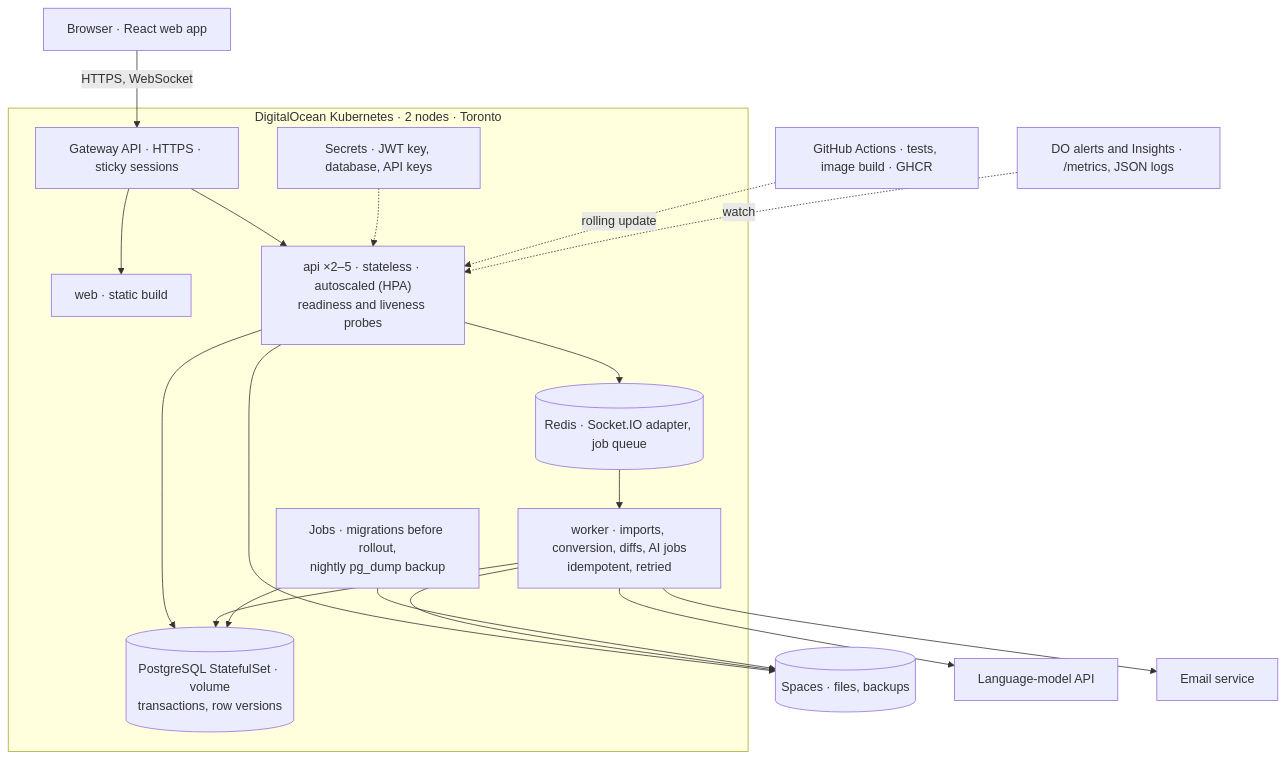
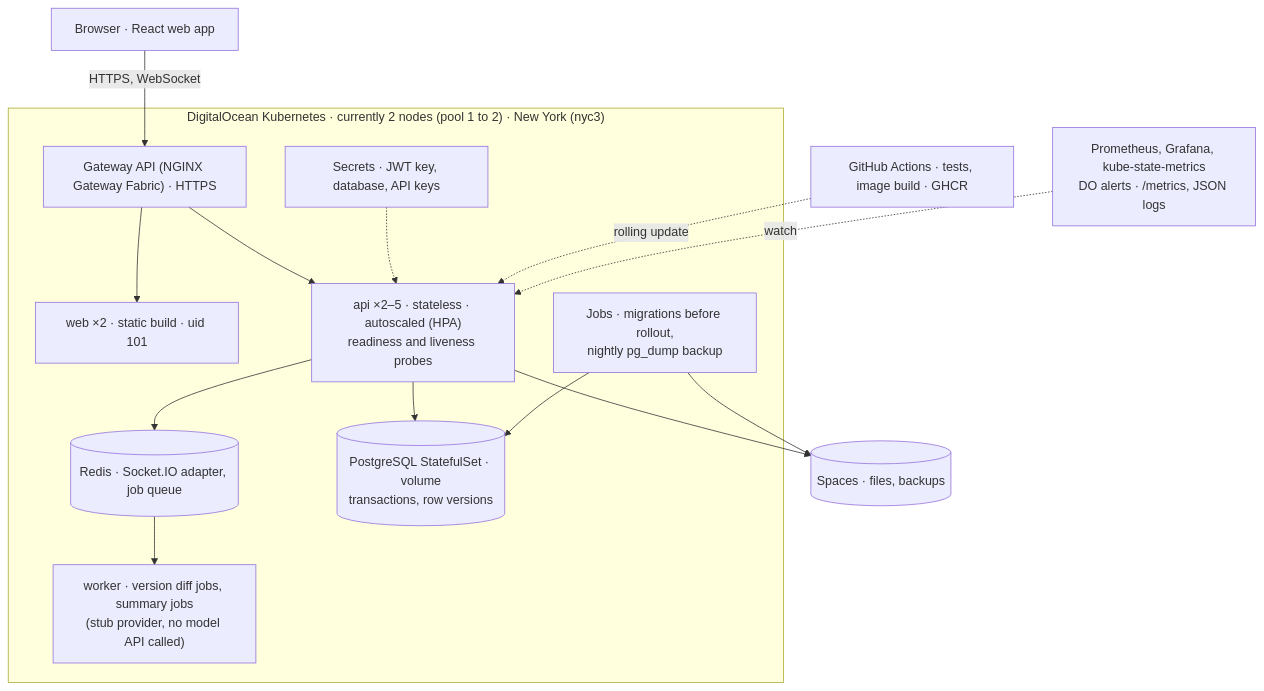
The diagram in docs/ARCHITECTURE.md (Jyotiraditya7/contentcollab), drawn with Mermaid before and after one commit. The commit also changed other lines of this file and 8 other files, not shown here.

Commit message:
docs: diagram, ci-cd after-times, D12 and D15 status lines, roadmap and evidence corrected after review; ai-session entry

````diff
--- a/docs/ARCHITECTURE.md
+++ b/docs/ARCHITECTURE.md
@@ -11,35 +11,29 @@
 ```mermaid
 flowchart TB
   U["Browser · React web app"]
-  subgraph DOKS["DigitalOcean Kubernetes · 2 nodes · Toronto"]
-    GW["Gateway API · HTTPS · sticky sessions"]
-    W["web · static build"]
+  subgraph DOKS["DigitalOcean Kubernetes · currently 2 nodes (pool 1 to 2) · New York (nyc3)"]
+    GW["Gateway API (NGINX Gateway Fabric) · HTTPS"]
+    W["web ×2 · static build · uid 101"]
     A["api ×2–5 · stateless · autoscaled (HPA)<br/>readiness and liveness probes"]
-    K["worker · imports, conversion, diffs, AI jobs<br/>idempotent, retried"]
+    K["worker · version diff jobs, summary jobs<br/>(stub provider, no model API called)"]
     R[("Redis · Socket.IO adapter, job queue")]
     P[("PostgreSQL StatefulSet · volume<br/>transactions, row versions")]
     J["Jobs · migrations before rollout,<br/>nightly pg_dump backup"]
     SEC["Secrets · JWT key, database, API keys"]
   end
   S[("Spaces · files, backups")]
-  LLM["Language-model API"]
-  MAIL["Email service"]
   CI["GitHub Actions · tests, image build · GHCR"]
-  M["DO alerts and Insights · /metrics, JSON logs"]
+  M["Prometheus, Grafana, kube-state-metrics<br/>DO alerts · /metrics, JSON logs"]
   U -- "HTTPS, WebSocket" --> GW
   GW --> W
   GW --> A
   A --> R
   R --> K
   A --> P
-  K --> P
   A --> S
-  K --> S
   J --> P
   J --> S
-  K --> LLM
-  K --> MAIL
   SEC -.-> A
   CI -. "rolling update" .-> A
   M -. watch .-> A
 ```
````
